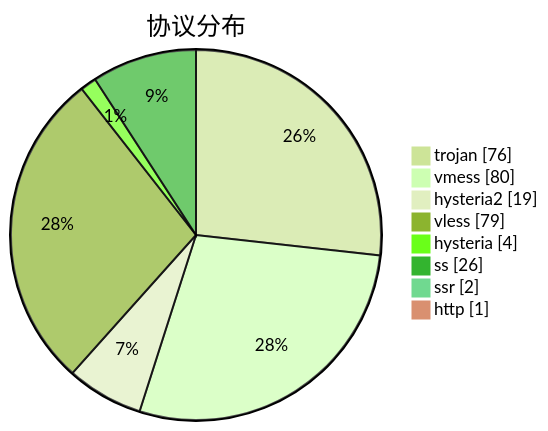
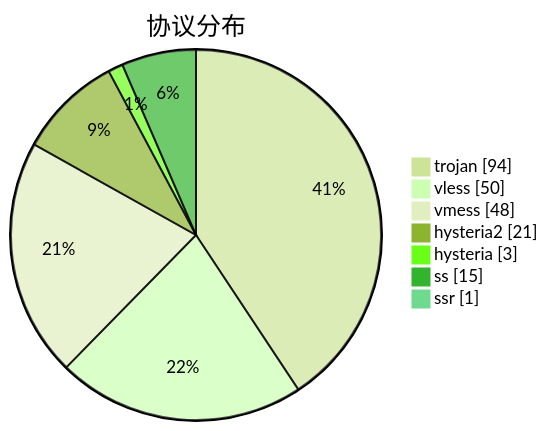
Before and after one commit to sinspired/airport: the third of 3 diagrams in subs/statistics/tested_within.md, drawn with Mermaid (forest theme). The commit also changed other lines of this file and 2 other files, not shown here.

````diff
--- a/subs/statistics/tested_within.md
+++ b/subs/statistics/tested_within.md
@@ -40,12 +34,11 @@
 ```mermaid
 pie showData
 title 协议分布
-"trojan" : 76
-"vmess" : 80
-"hysteria2" : 19
-"vless" : 79
-"hysteria" : 4
-"ss" : 26
-"ssr" : 2
-"http" : 1
+"trojan" : 94
+"vless" : 50
+"vmess" : 48
+"hysteria2" : 21
+"hysteria" : 3
+"ss" : 15
+"ssr" : 1
 ```
````
